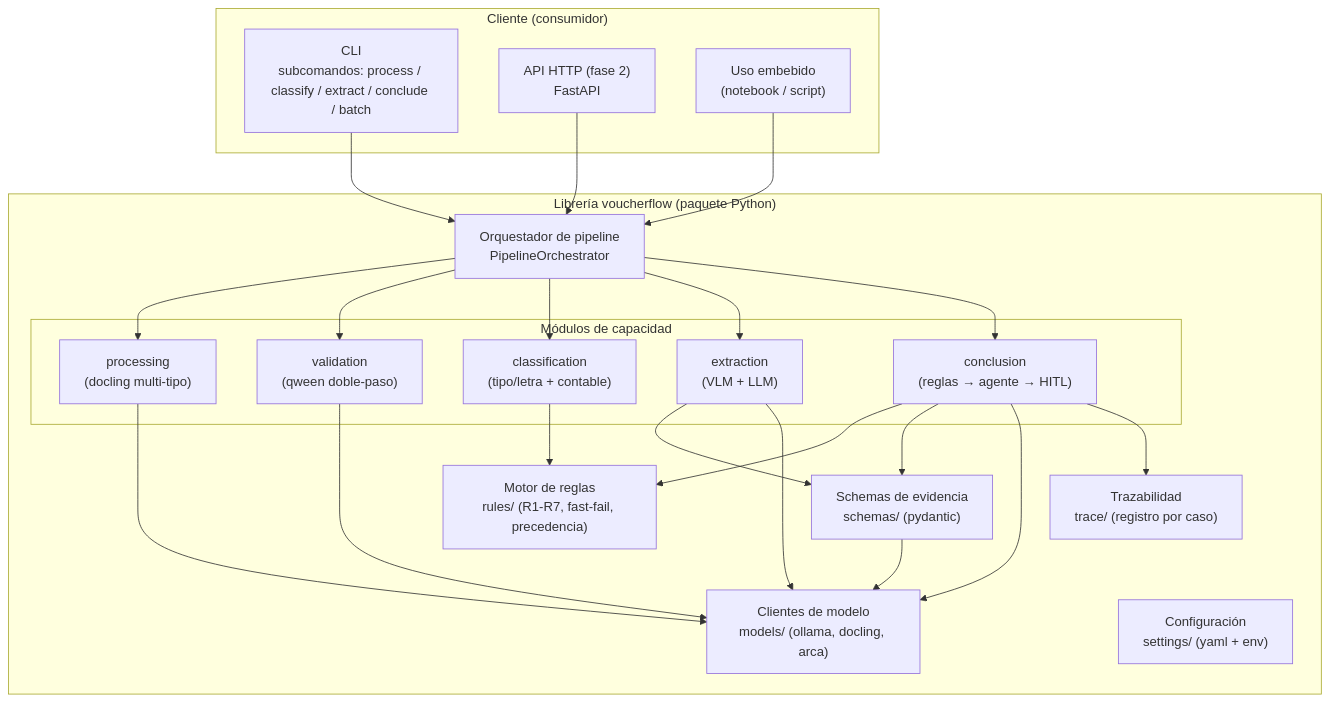
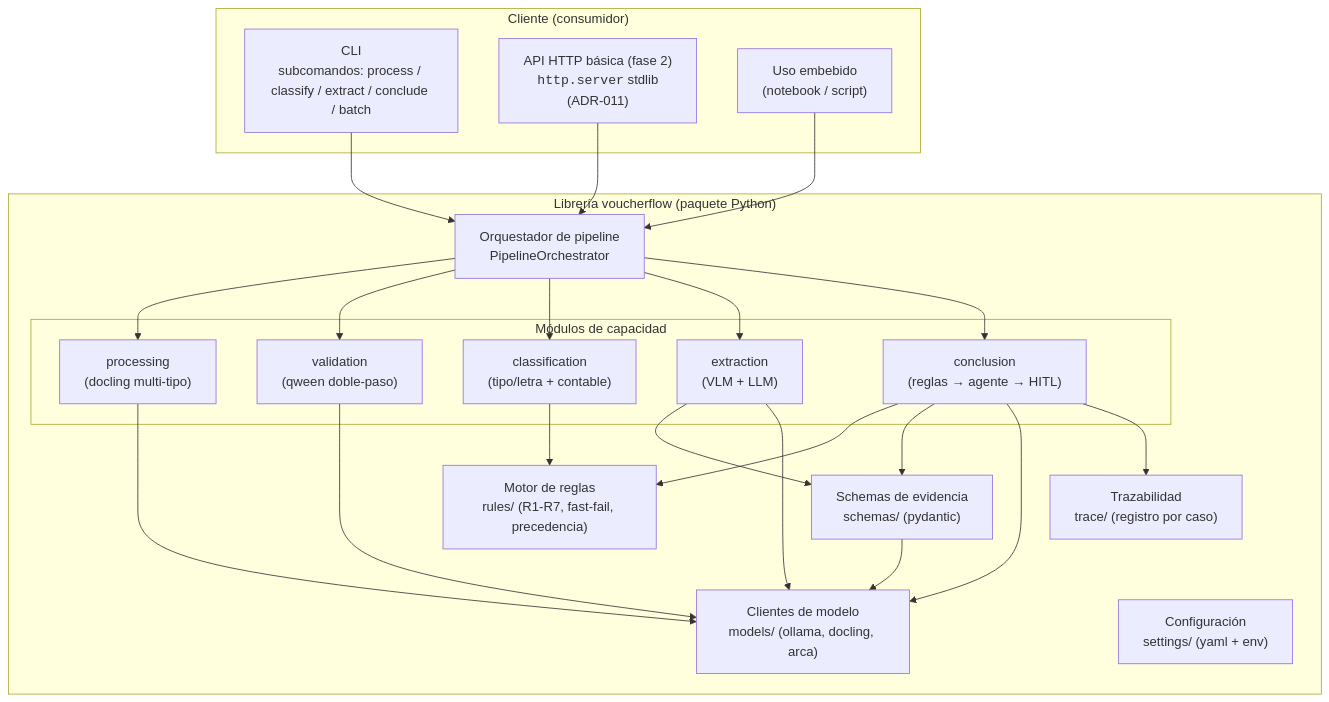
The second of 10 diagrams in v2/docs/plan/03-arquitectura-solucion.md (mariogarcia-ar/docling-ibm), drawn with Mermaid before and after one commit. The commit also changed 18 other files, not shown here.

First line of the commit message:
Add tests for HTTP API documentation and functionality (F6/T-606)

````diff
--- a/v2/docs/plan/03-arquitectura-solucion.md
+++ b/v2/docs/plan/03-arquitectura-solucion.md
@@ -85,43 +85,43 @@
 ```mermaid
 flowchart TB
     subgraph CLIENTE["Cliente (consumidor)"]
         CLI["CLI<br/>subcomandos: process / classify / extract / conclude / batch"]
-        API["API HTTP (fase 2)<br/>FastAPI"]
+        API["API HTTP básica (fase 2)<br/><code>http.server</code> stdlib<br/>(ADR-011)"]
         NOTEBOOK["Uso embebido<br/>(notebook / script)"]
     end
 
     subgraph LIB["Librería voucherflow (paquete Python)"]
         ORCH["Orquestador de pipeline<br/>PipelineOrchestrator"]
         subgraph MODULOS["Módulos de capacidad"]
             PROC["processing<br/>(docling multi-tipo)"]
             VAL["validation<br/>(qween doble-paso)"]
             CLS["classification<br/>(tipo/letra + contable)"]
             EXT["extraction<br/>(VLM + LLM)"]
             CONC["conclusion<br/>(reglas → agente → HITL)"]
         end
         RULES["Motor de reglas<br/>rules/ (R1-R7, fast-fail, precedencia)"]
         EVID["Schemas de evidencia<br/>schemas/ (pydantic)"]
         MODELS["Clientes de modelo<br/>models/ (ollama, docling, arca)"]
         TRACE["Trazabilidad<br/>trace/ (registro por caso)"]
         CONFIG["Configuración<br/>settings/ (yaml + env)"]
     end
 
     CLI --> ORCH
     API --> ORCH
     NOTEBOOK --> ORCH
     ORCH --> PROC
     ORCH --> VAL
     ORCH --> CLS
     ORCH --> EXT
     ORCH --> CONC
     PROC --> MODELS
     VAL --> MODELS
     CLS --> RULES
     EXT --> EVID
     EXT --> MODELS
     CONC --> RULES
     CONC --> EVID
     CONC --> MODELS
     CONC --> TRACE
     EVID --> MODELS
 ```
````
